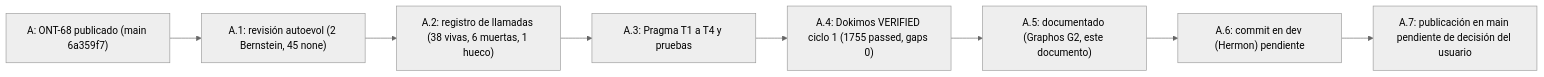
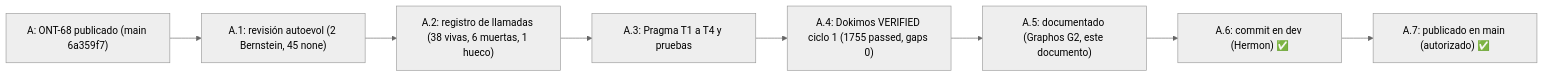
Before and after one commit to ancrz/agent-execution-plane: the first of 2 diagrams in docs/pipeline/feature_20261118_ont69_autoevol_findings.md, drawn with Mermaid (neutral theme). The commit also changed other lines of this file and 5 other files, not shown here.

First line of the commit message:
docs(ONT-69): record the publication to dev and main and the post-publish checks

````diff
--- a/docs/pipeline/feature_20261118_ont69_autoevol_findings.md
+++ b/docs/pipeline/feature_20261118_ont69_autoevol_findings.md
@@ -62,10 +62,10 @@
 ```mermaid
 flowchart LR
     A["A: ONT-68 publicado (main 6a359f7)"] --> A1["A.1: revisión autoevol (2 Bernstein, 45 none)"]
     A1 --> A2["A.2: registro de llamadas (38 vivas, 6 muertas, 1 hueco)"]
     A2 --> A3["A.3: Pragma T1 a T4 y pruebas"]
     A3 --> A4["A.4: Dokimos VERIFIED ciclo 1 (1755 passed, gaps 0)"]
     A4 --> A5["A.5: documentado (Graphos G2, este documento)"]
-    A5 --> A6["A.6: commit en dev (Hermon) pendiente"]
-    A6 --> A7["A.7: publicación en main pendiente de decisión del usuario"]
+    A5 --> A6["A.6: commit en dev (Hermon) ✅"]
+    A6 --> A7["A.7: publicado en main (autorizado) ✅"]
 ```
````
